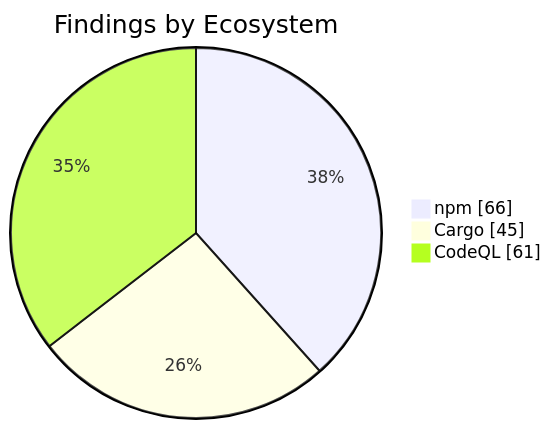
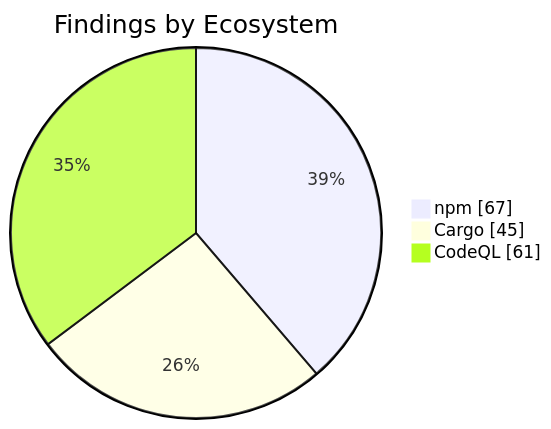
One commit to KBVE/kbve changed the second of 2 diagrams in apps/kbve/astro-kbve/src/content/docs/dashboard/security.mdx. Above: the diagram before and after it, drawn with Mermaid. The commit also changed other lines of this file and 8 other files, not shown here.

````diff
--- a/apps/kbve/astro-kbve/src/content/docs/dashboard/security.mdx
+++ b/apps/kbve/astro-kbve/src/content/docs/dashboard/security.mdx
@@ -73,7 +73,7 @@
 ```mermaid
 pie showData
     title Findings by Ecosystem
-    "npm" : 66
+    "npm" : 67
     "Cargo" : 45
     "CodeQL" : 61
 ```
````
